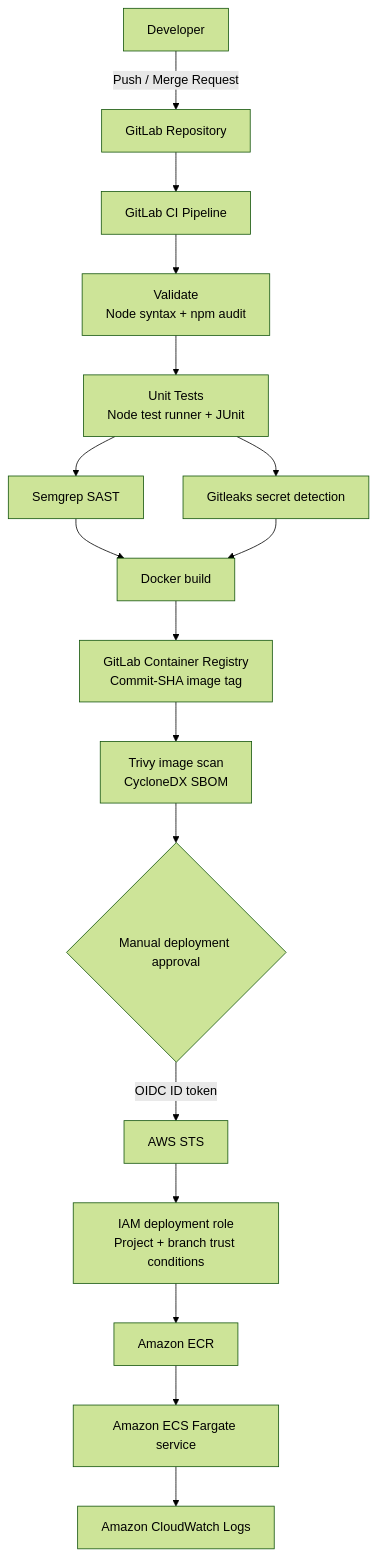
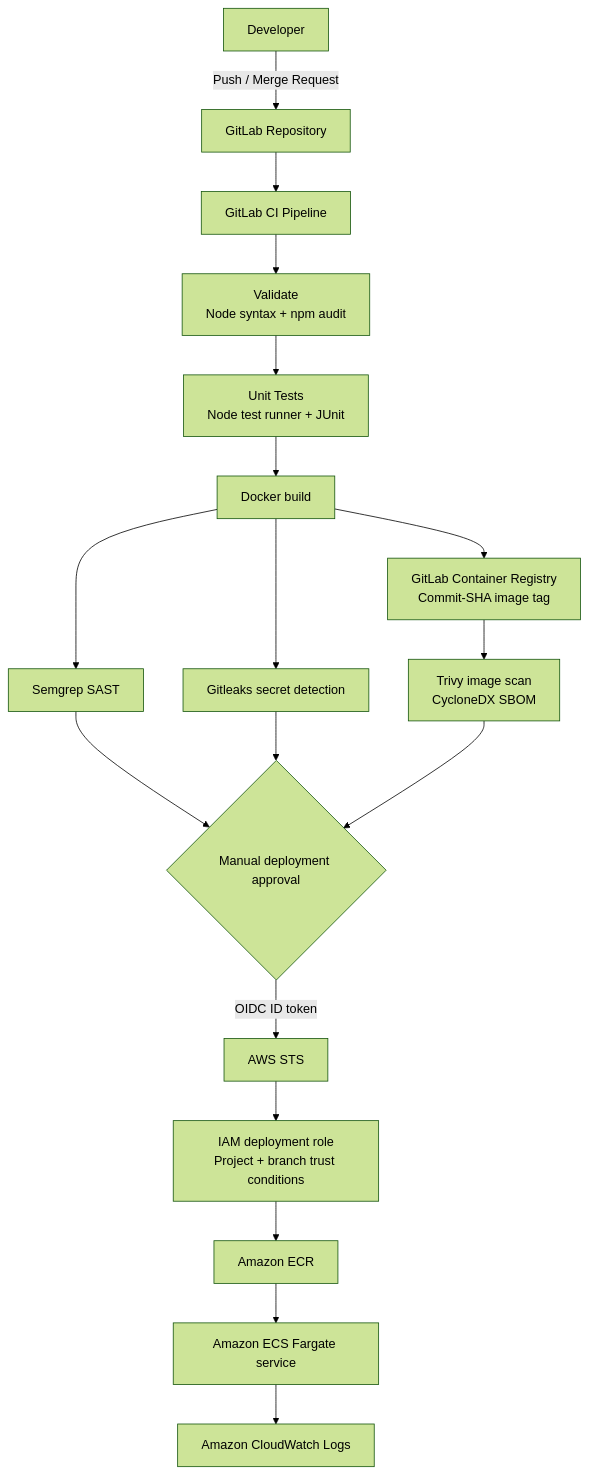
One commit to fhyxx/pelumi-containerized-cicd changed the diagram in docs/architecture.md. Above: the diagram before and after it, drawn with Mermaid (forest theme).

Commit message:
docs: align architecture diagram with pipeline stages

````diff
--- a/docs/architecture.md
+++ b/docs/architecture.md
@@ -3,19 +3,20 @@
 ```mermaid
 flowchart TD
     DEV[Developer] -->|Push / Merge Request| GL[GitLab Repository]
     GL --> PIPE[GitLab CI Pipeline]
     PIPE --> VAL[Validate<br/>Node syntax + npm audit]
     VAL --> TEST[Unit Tests<br/>Node test runner + JUnit]
-    TEST --> SAST[Semgrep SAST]
-    TEST --> GIT[Gitleaks secret detection]
-    SAST --> BUILD[Docker build]
-    GIT --> BUILD
+    TEST --> BUILD[Docker build]
     BUILD --> REG[GitLab Container Registry<br/>Commit-SHA image tag]
+    BUILD --> SAST[Semgrep SAST]
+    BUILD --> GIT[Gitleaks secret detection]
     REG --> TRIVY[Trivy image scan<br/>CycloneDX SBOM]
-    TRIVY --> APPROVE{Manual deployment approval}
+    SAST --> APPROVE{Manual deployment approval}
+    GIT --> APPROVE
+    TRIVY --> APPROVE
     APPROVE -->|OIDC ID token| STS[AWS STS]
     STS --> ROLE[IAM deployment role<br/>Project + branch trust conditions]
     ROLE --> ECR[Amazon ECR]
     ECR --> ECS[Amazon ECS Fargate service]
     ECS --> CW[Amazon CloudWatch Logs]
 ```
````
